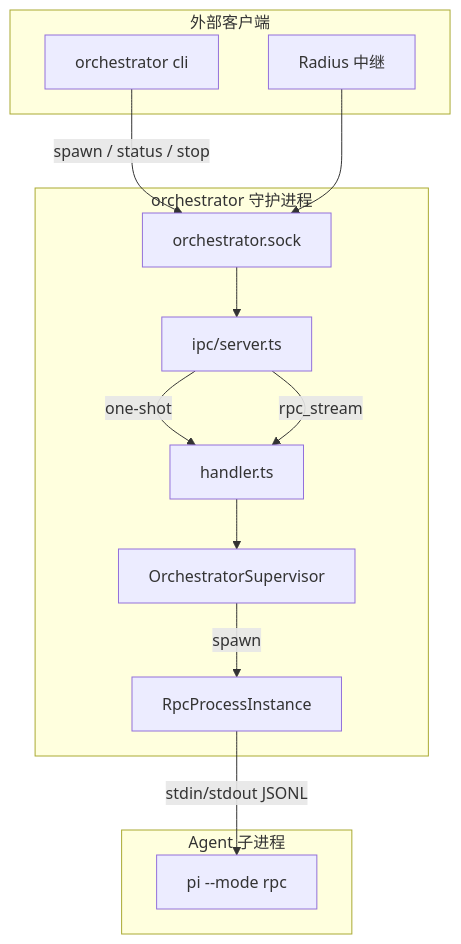
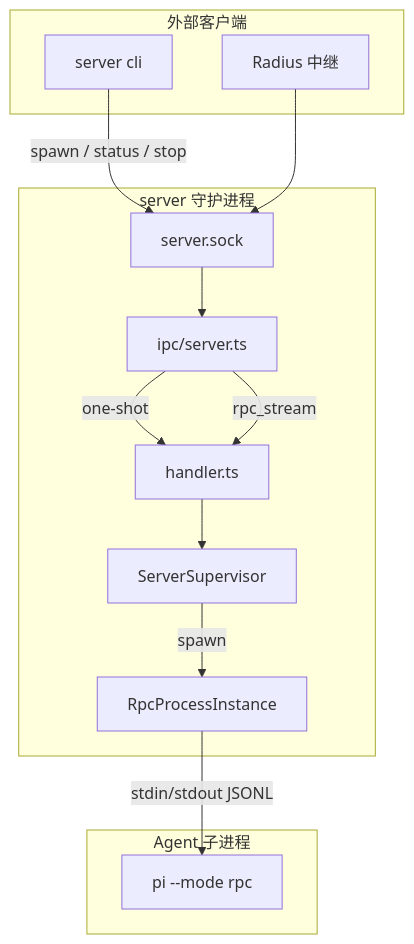
One commit to jefby/pi changed the seventh of 7 diagrams in docs/architecture.md. Above: the diagram before and after it, drawn with Mermaid. The commit also changed other lines of this file, not shown here.

Commit message:
docs: update architecture.md to reflect current package structure

````diff
--- a/docs/architecture.md
+++ b/docs/architecture.md
@@ -394,28 +488,28 @@
 ```mermaid
 flowchart TB
     subgraph Client["外部客户端"]
-        Cli[orchestrator cli]
+        Cli[server cli]
         Radius[Radius 中继]
     end
 
-    subgraph Daemon["orchestrator 守护进程"]
-        Socket[orchestrator.sock]
+    subgraph Daemon["server 守护进程"]
+        Socket[server.sock]
         Server[ipc/server.ts]
         Handler[handler.ts]
-        Supervisor[OrchestratorSupervisor]
+        Supervisor[ServerSupervisor]
         RpcProcess[RpcProcessInstance]
     end
 
     subgraph AgentProc["Agent 子进程"]
         CodingAgentRpc[pi --mode rpc]
     end
 
     Cli -->|spawn / status / stop| Socket
     Radius --> Socket
     Socket --> Server
     Server -->|one-shot| Handler
     Server -->|rpc_stream| Handler
     Handler --> Supervisor
     Supervisor -->|spawn| RpcProcess
     RpcProcess -->|stdin/stdout JSONL| CodingAgentRpc
 ```
````
